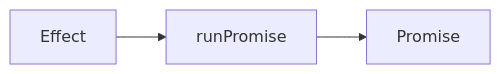
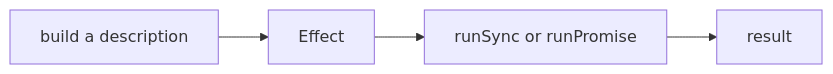
The diagram in learning/content/01-why-effect.md (derangga/anak-intern), drawn with Mermaid before and after one commit. The commit also changed other lines of this file, not shown here.

First line of the commit message:
content(learning): chapter 1, why Effect

````diff
--- a/learning/content/01-why-effect.md
+++ b/learning/content/01-why-effect.md
@@ -31,5 +68,6 @@
 ```mermaid
 flowchart LR
-  A["Effect<A, E, R>"] --> B["runPromise"]
-  B --> C["Promise<A>"]
+  A["build a description"] --> B["Effect<A, E, R>"]
+  B --> C["runSync or runPromise"]
+  C --> D["result"]
 ```
````
